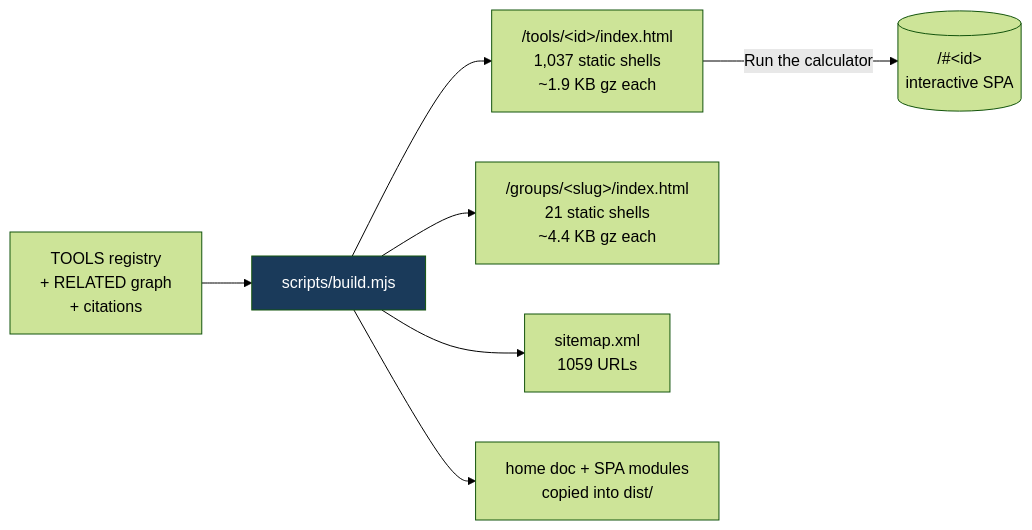
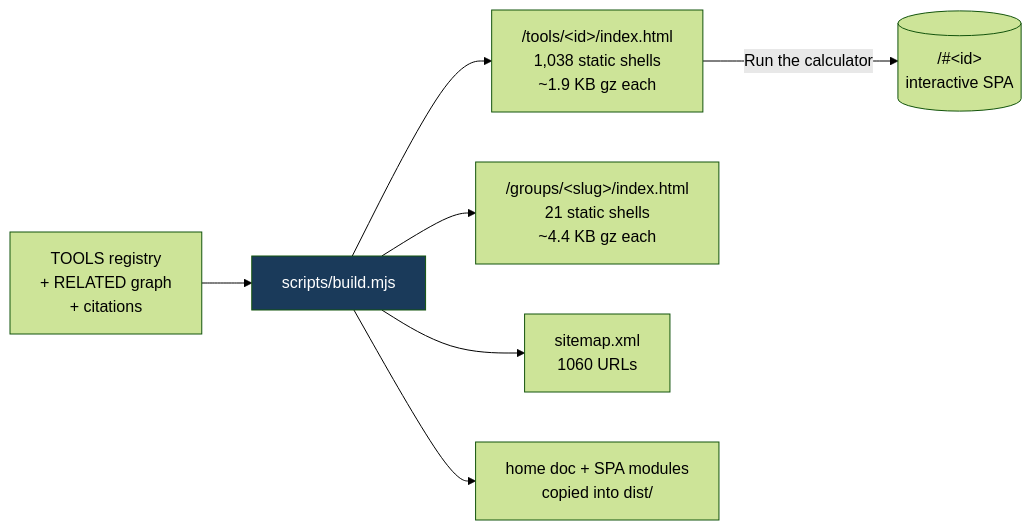
One commit to clay-good/roughlogic.com changed the fifth of 8 diagrams in README.md. Above: the diagram before and after it, drawn with Mermaid (forest theme). The commit also changed other lines of this file and 14 other files, not shown here.

````diff
--- a/README.md
+++ b/README.md
@@ -495,10 +495,10 @@
 ```mermaid
 flowchart LR
     SRC[TOOLS registry\n+ RELATED graph\n+ citations] --> BUILD[scripts/build.mjs]
-    BUILD --> TILE["/tools/&lt;id&gt;/index.html\n1,037 static shells\n~1.9 KB gz each"]
+    BUILD --> TILE["/tools/&lt;id&gt;/index.html\n1,038 static shells\n~1.9 KB gz each"]
     BUILD --> GROUP["/groups/&lt;slug&gt;/index.html\n21 static shells\n~4.4 KB gz each"]
-    BUILD --> MAP["sitemap.xml\n1059 URLs"]
+    BUILD --> MAP["sitemap.xml\n1060 URLs"]
     BUILD --> COPY[home doc + SPA modules\ncopied into dist/]
     TILE -->|Run the calculator| SPA[("/#&lt;id&gt;\ninteractive SPA")]
     style BUILD fill:#1a3a5a,color:#fff
 ```
````
